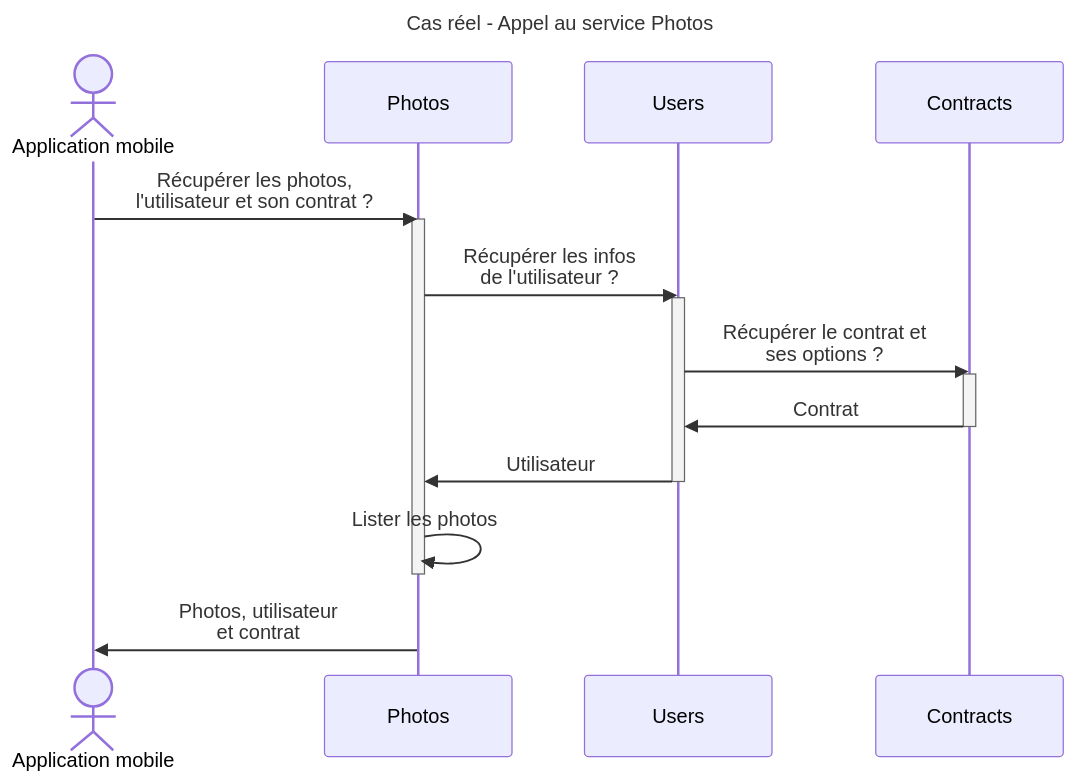
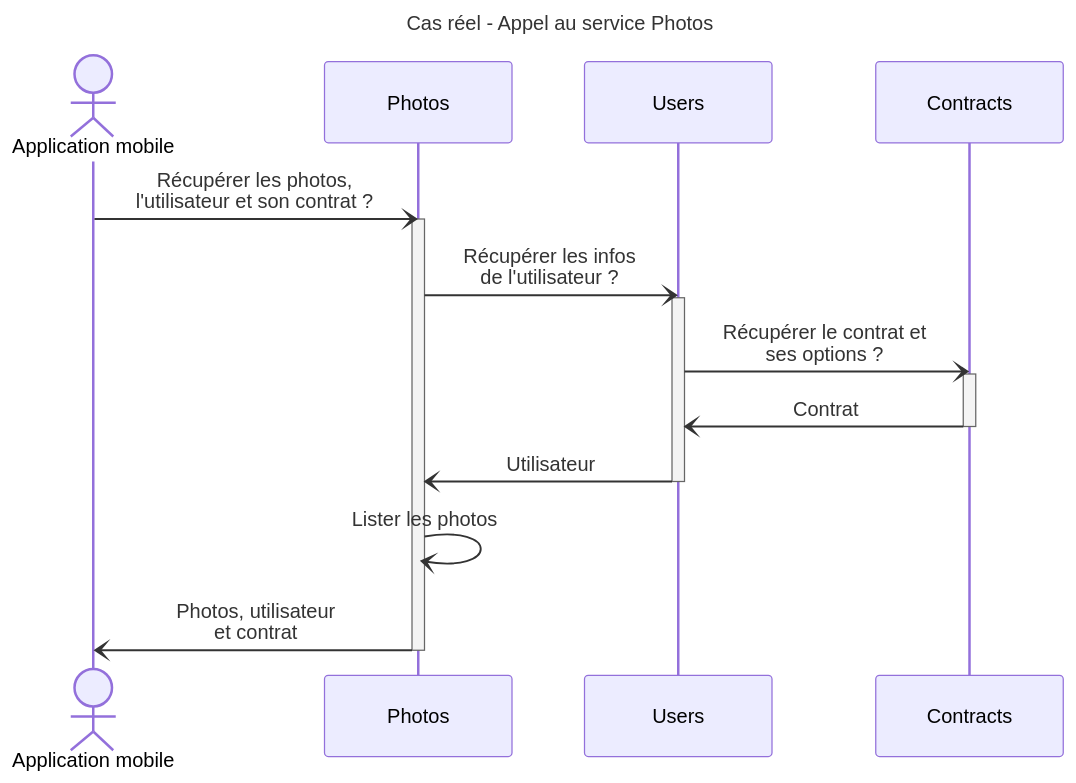
One commit to celinelouvet/async-and-events changed the third of 6 diagrams in src/2-synchrone.md. Above: the diagram before and after it, drawn with Mermaid. The commit also changed other lines of this file and 5 other files, not shown here.

````diff
--- a/src/2-synchrone.md
+++ b/src/2-synchrone.md
@@ -93,37 +97,37 @@
 ```mermaid
 ---
 title: Cas réel - Appel au service Photos
 ---
 sequenceDiagram
     actor AM as Application mobile
     participant PS as Photos
     participant US as Users
     participant CS as Contracts
 
 
-    AM->>PS: Récupérer les photos,<br/>l'utilisateur et son contrat ?
+    AM-)PS: Récupérer les photos,<br/>l'utilisateur et son contrat ?
 
     activate PS
 
     %% début SI 1 + titre
 
-    PS->>US: Récupérer les infos<br/>de l'utilisateur ?
+    PS-)US: Récupérer les infos<br/>de l'utilisateur ?
     activate US
-    US->>CS: Récupérer le contrat et<br/> ses options ?
+    US-)CS: Récupérer le contrat et<br/> ses options ?
 
     activate CS
     %% début SI 2 + titre
-    CS->>US: Contrat
+    CS-)US: Contrat
 
     %% fin SI 2
 
     deactivate CS
-    US->>PS: Utilisateur
+    US-)PS: Utilisateur
     deactivate US
-    PS->>PS: Lister les photos
+    PS-)PS: Lister les photos
 
     %% fin SI 1
+
+    PS-)AM: Photos, utilisateur<br/>et contrat
     deactivate PS
-
-    PS->>AM: Photos, utilisateur<br/>et contrat
 ```
````
